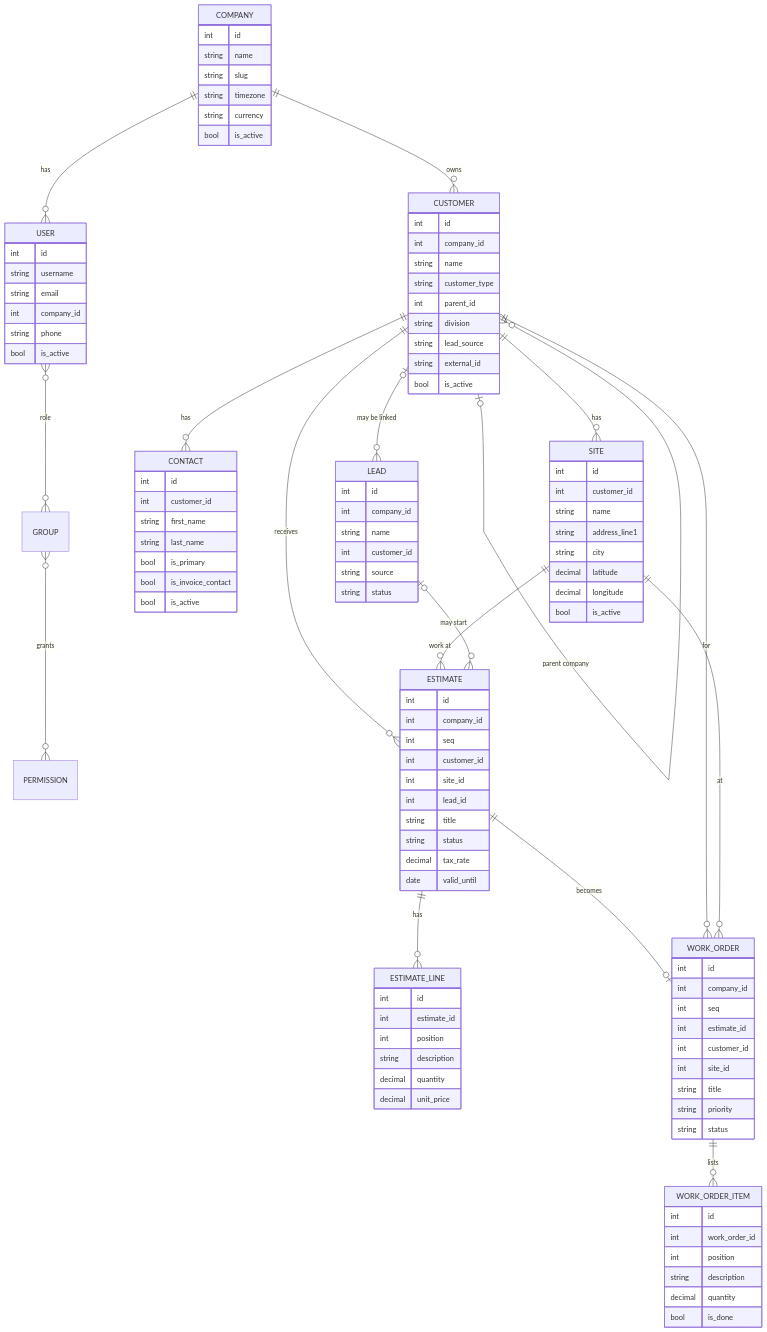
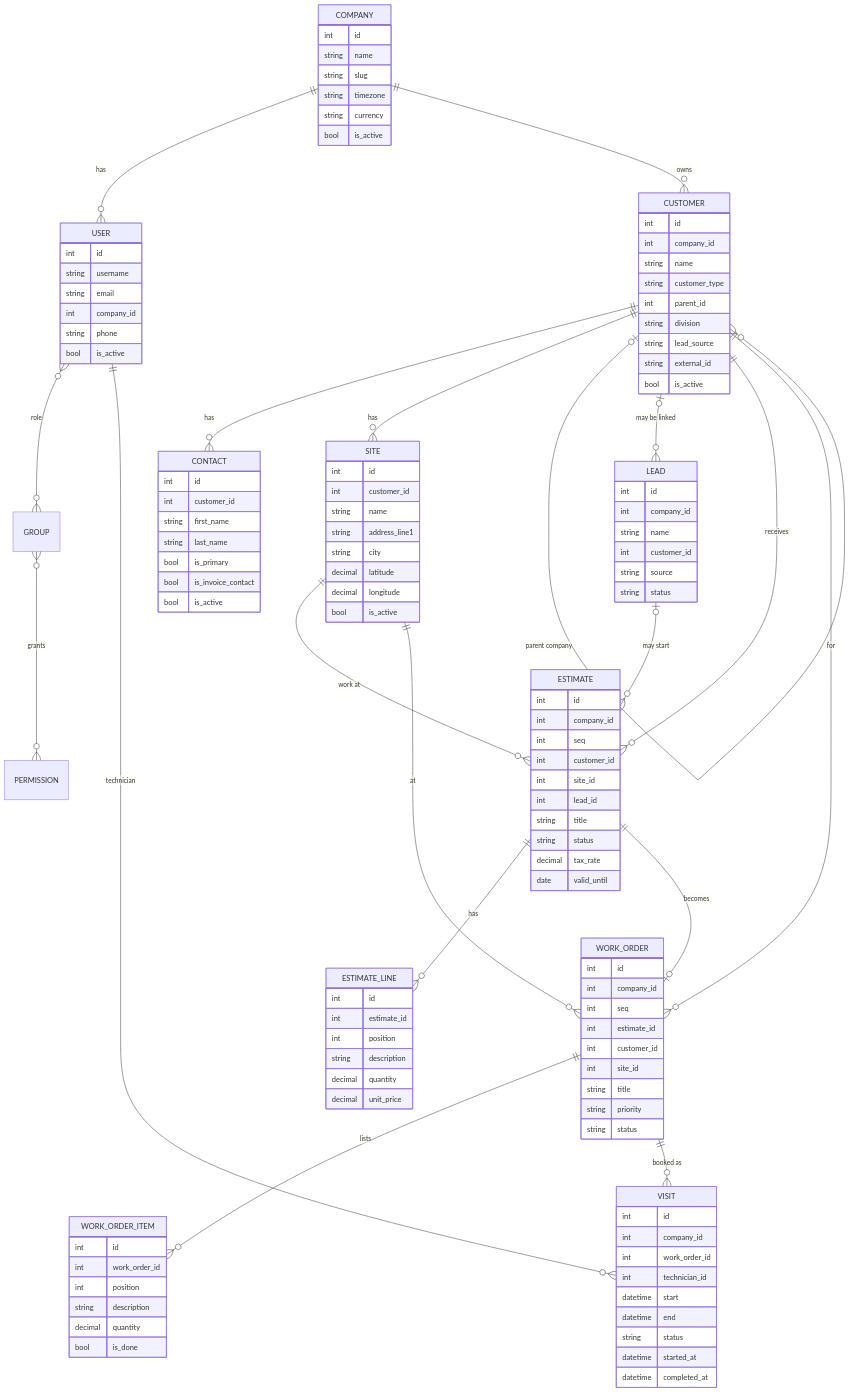
The diagram in docs/data-model.md (phanin/crewvia-docs), drawn with Mermaid before and after one commit. The commit also changed other lines of this file and 8 other files, not shown here.

```diff
--- a/docs/data-model.md
+++ b/docs/data-model.md
@@ -18,6 +18,8 @@
     ESTIMATE ||--o{ ESTIMATE_LINE : "has"
     ESTIMATE ||--o| WORK_ORDER : "becomes"
     WORK_ORDER ||--o{ WORK_ORDER_ITEM : "lists"
+    WORK_ORDER ||--o{ VISIT : "booked as"
+    USER ||--o{ VISIT : "technician"
     CUSTOMER ||--o{ WORK_ORDER : "for"
     SITE ||--o{ WORK_ORDER : "at"
 
@@ -59,6 +61,17 @@
         string title
         string priority
         string status
+    }
+    VISIT {
+        int id
+        int company_id
+        int work_order_id
+        int technician_id
+        datetime start
+        datetime end
+        string status
+        datetime started_at
+        datetime completed_at
     }
     WORK_ORDER_ITEM {
         int id
```
